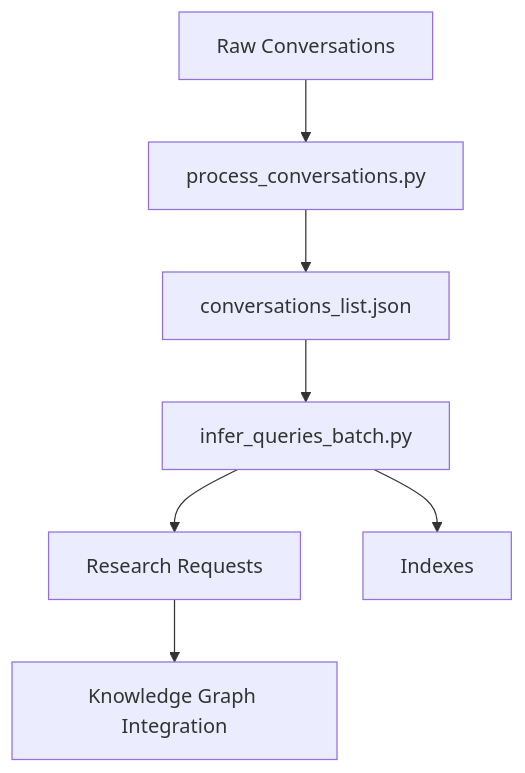
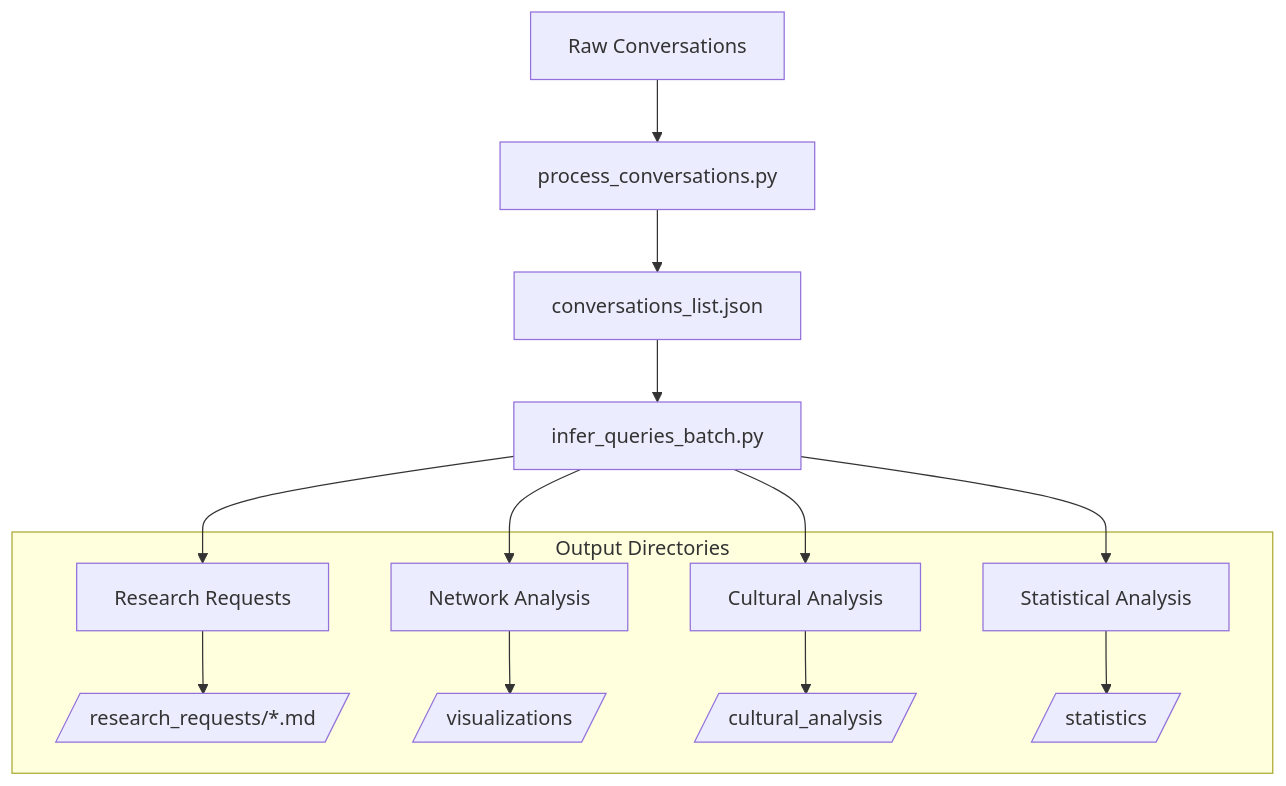
Before and after one commit to ActiveInferenceInstitute/cognitive: the diagram in Things/KG_Multi_Agent/MKG_Multi_Agent/README.md, drawn with Mermaid. The commit also changed other lines of this file and 99 other files, not shown here.

Commit message:
.../MKG_Multi_Agent/.../cultural_analysis/ --visualizations added

````diff
--- a/Things/KG_Multi_Agent/MKG_Multi_Agent/README.md
+++ b/Things/KG_Multi_Agent/MKG_Multi_Agent/README.md
@@ -21,9 +29,17 @@
 ```mermaid
 graph TD
     A[Raw Conversations] --> B[process_conversations.py]
     B --> C[conversations_list.json]
     C --> D[infer_queries_batch.py]
     D --> E[Research Requests]
-    D --> F[Indexes]
-    E --> G[Knowledge Graph Integration]
+    D --> F[Network Analysis]
+    D --> G[Cultural Analysis]
+    D --> H[Statistical Analysis]
+    
+    subgraph "Output Directories"
+        E --> I[/research_requests/*.md/]
+        F --> J[/visualizations/]
+        G --> K[/cultural_analysis/]
+        H --> L[/statistics/]
+    end
 ```
````
